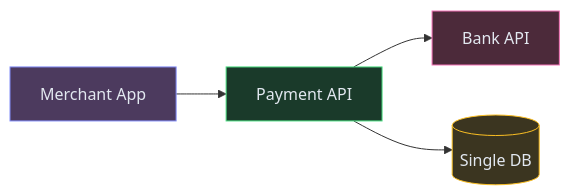
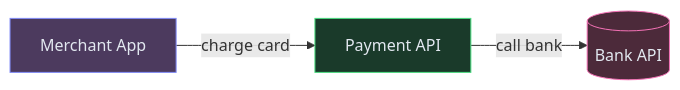
Before and after one commit to iluzn/HLD-Designs: the first of 6 diagrams in content/hld/PaymentSystem.md, drawn with Mermaid. The commit also changed other lines of this file and 26 other files, not shown here.

````diff
--- a/content/hld/PaymentSystem.md
+++ b/content/hld/PaymentSystem.md
@@ -23,16 +25,13 @@
 ```mermaid
 flowchart LR
     MERCHANT["Merchant App"]:::client
     API["Payment API"]:::service
-    BANK["Bank API"]:::external
-    DB[("Single DB")]:::data
+    BANK[("Bank API")]:::external
 
-    MERCHANT --> API
-    API --> BANK
-    API --> DB
+    MERCHANT -->|"charge card"| API
+    API -->|"call bank"| BANK
 
     classDef client fill:#4c3a5e,stroke:#818cf8,color:#e2e8f0
     classDef service fill:#1a3a2a,stroke:#4ade80,color:#e2e8f0
-    classDef data fill:#3b3520,stroke:#fbbf24,color:#e2e8f0
     classDef external fill:#4c2a3a,stroke:#f472b6,color:#e2e8f0
 ```
````
